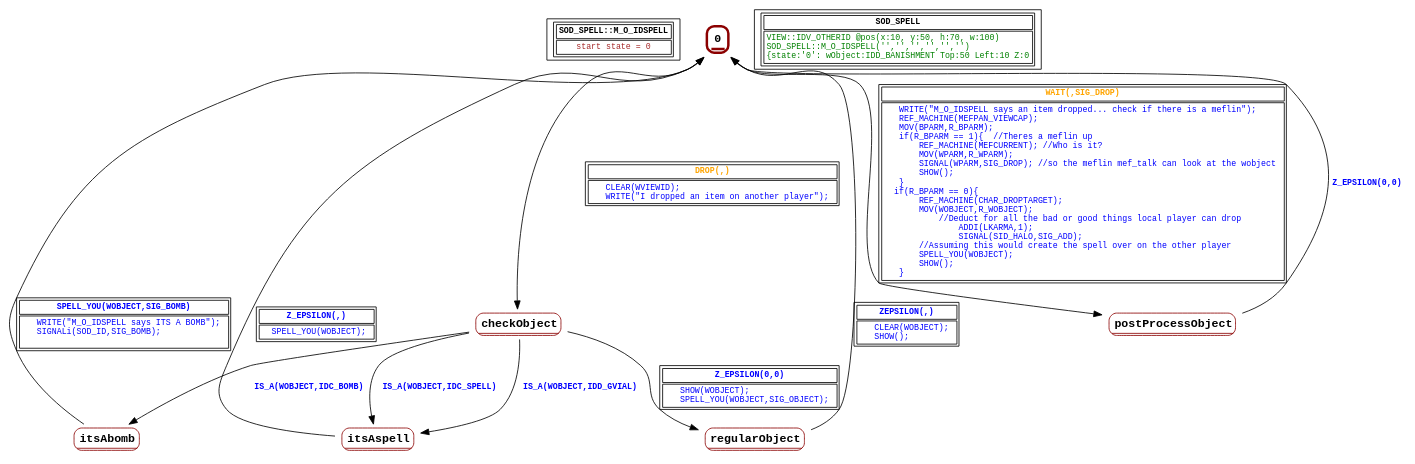
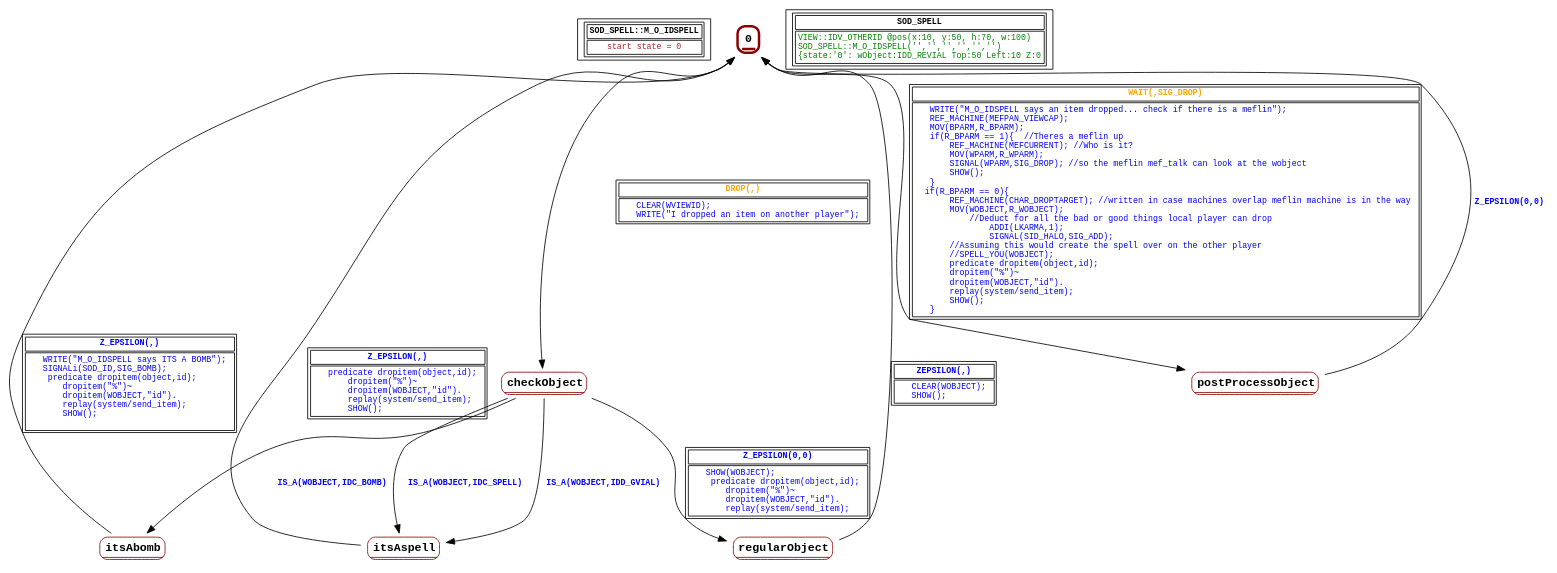
The diagram in graphs/SOD_SPELL.dot (guy-stewart/AzariaCD), drawn with Graphviz before and after one commit. The commit also changed 33 other files, not shown here.

```diff
--- a/graphs/SOD_SPELL.dot
+++ b/graphs/SOD_SPELL.dot
@@ -1,52 +1,52 @@
 digraph Automaton {
  fontname="Courier New"
 	node [shape=oval, fontname="Courier New"];
 	filename[shape = record, fontsize=10, label=< <table border="1"><tr><td><b>SOD_SPELL::M_O_IDSPELL<br align="left"/></b></td></tr>
 <tr><td><font point-size="10" color ="brown">start state = 0<br align="left"/></font></td></tr></table>>
 ];
 	0[shape = none, fontsize=14, label=< <table border="3" color="darkred" style="rounded"><tr><td sides="b"><b>0<br align="left"/></b></td></tr>
 </table>>];
 "0" -> "checkObject" [fontcolor=orange,fontsize=10,fontname="Courier New", label=< <table border="1"><tr><td><b>DROP(,)<br align="left"/></b></td></tr>
 <tr><td><font point-size="10" color ="blue">    CLEAR(WVIEWID);<br align="left"/>    WRITE(&quot;I dropped an item on another player&quot;);<br align="left"/></font></td></tr></table>>
 ];
 "0" -> "postProcessObject" [fontcolor=orange,fontsize=10,fontname="Courier New", label=< <table border="1"><tr><td><b>WAIT(,SIG_DROP)<br align="left"/></b></td></tr>
-<tr><td><font point-size="10" color ="blue">    WRITE(&quot;M_O_IDSPELL says an item dropped... check if there is a meflin&quot;);<br align="left"/>    REF_MACHINE(MEFPAN_VIEWCAP);<br align="left"/>    MOV(BPARM,R_BPARM);<br align="left"/>    if(R_BPARM == 1)&#123;  //Theres a meflin up<br align="left"/>        REF_MACHINE(MEFCURRENT); //Who is it?<br align="left"/>        MOV(WPARM,R_WPARM);<br align="left"/>        SIGNAL(WPARM,SIG_DROP); //so the meflin mef_talk can look at the wobject<br align="left"/>        SHOW();<br align="left"/>    &#125;<br align="left"/>   if(R_BPARM == 0)&#123;<br align="left"/>        REF_MACHINE(CHAR_DROPTARGET); <br align="left"/>        MOV(WOBJECT,R_WOBJECT);<br align="left"/>            //Deduct for all the bad or good things local player can drop <br align="left"/>                ADDI(LKARMA,1); <br align="left"/>                SIGNAL(SID_HALO,SIG_ADD);<br align="left"/>        //Assuming this would create the spell over on the other player<br align="left"/>        SPELL_YOU(WOBJECT);<br align="left"/>        SHOW();<br align="left"/>    &#125; <br align="left"/></font></td></tr></table>>
+<tr><td><font point-size="10" color ="blue">    WRITE(&quot;M_O_IDSPELL says an item dropped... check if there is a meflin&quot;);<br align="left"/>    REF_MACHINE(MEFPAN_VIEWCAP);<br align="left"/>    MOV(BPARM,R_BPARM);<br align="left"/>    if(R_BPARM == 1)&#123;  //Theres a meflin up<br align="left"/>        REF_MACHINE(MEFCURRENT); //Who is it?<br align="left"/>        MOV(WPARM,R_WPARM);<br align="left"/>        SIGNAL(WPARM,SIG_DROP); //so the meflin mef_talk can look at the wobject<br align="left"/>        SHOW();<br align="left"/>    &#125;<br align="left"/>   if(R_BPARM == 0)&#123;<br align="left"/>        REF_MACHINE(CHAR_DROPTARGET); //written in case machines overlap meflin machine is in the way<br align="left"/>        MOV(WOBJECT,R_WOBJECT);<br align="left"/>            //Deduct for all the bad or good things local player can drop <br align="left"/>                ADDI(LKARMA,1); <br align="left"/>                SIGNAL(SID_HALO,SIG_ADD);<br align="left"/>        //Assuming this would create the spell over on the other player<br align="left"/>        //SPELL_YOU(WOBJECT);<br align="left"/>        predicate dropitem(object,id);<br align="left"/>        dropitem(&quot;%&quot;)~<br align="left"/>        dropitem(WOBJECT,&quot;id&quot;).<br align="left"/>        replay(system/send_item);<br align="left"/>        SHOW();<br align="left"/>    &#125; <br align="left"/></font></td></tr></table>>
 ];
 	checkObject[shape = none, fontsize=14, label=< <table border="1" color="darkred" style="rounded"><tr><td sides="b"><b>checkObject<br align="left"/></b></td></tr>
 </table>>];
 "checkObject" -> "itsAbomb" [fontcolor=blue,fontsize=10,fontname="Courier New", label=< <table border="0"><tr><td><b>IS_A(WOBJECT,IDC_BOMB)<br align="left"/></b></td></tr>
 </table>>
 ];
 "checkObject" -> "itsAspell" [fontcolor=blue,fontsize=10,fontname="Courier New", label=< <table border="0"><tr><td><b>IS_A(WOBJECT,IDC_SPELL)<br align="left"/></b></td></tr>
 </table>>
 ];
 "checkObject" -> "itsAspell" [fontcolor=blue,fontsize=10,fontname="Courier New", label=< <table border="0"><tr><td><b>IS_A(WOBJECT,IDD_GVIAL)<br align="left"/></b></td></tr>
 </table>>
 ];
 "checkObject" -> "regularObject" [fontcolor=blue,fontsize=10,fontname="Courier New", label=< <table border="1"><tr><td><b>Z_EPSILON(0,0)<br align="left"/></b></td></tr>
-<tr><td><font point-size="10" color ="blue">    SHOW(WOBJECT);<br align="left"/>    SPELL_YOU(WOBJECT,SIG_OBJECT);<br align="left"/></font></td></tr></table>>
+<tr><td><font point-size="10" color ="blue">    SHOW(WOBJECT);<br align="left"/>     predicate dropitem(object,id);<br align="left"/>        dropitem(&quot;%&quot;)~<br align="left"/>        dropitem(WOBJECT,&quot;id&quot;).<br align="left"/>        replay(system/send_item);<br align="left"/></font></td></tr></table>>
 ];
 	itsAbomb[shape = none, fontsize=14, label=< <table border="1" color="darkred" style="rounded"><tr><td sides="b"><b>itsAbomb<br align="left"/></b></td></tr>
 </table>>];
-"itsAbomb" -> "0" [fontcolor=blue,fontsize=10,fontname="Courier New", label=< <table border="1"><tr><td><b>SPELL_YOU(WOBJECT,SIG_BOMB)<br align="left"/></b></td></tr>
-<tr><td><font point-size="10" color ="blue">    WRITE(&quot;M_O_IDSPELL says ITS A BOMB&quot;);<br align="left"/>    SIGNALi(SOD_ID,SIG_BOMB);<br align="left"/>    <br align="left"/></font></td></tr></table>>
+"itsAbomb" -> "0" [fontcolor=blue,fontsize=10,fontname="Courier New", label=< <table border="1"><tr><td><b>Z_EPSILON(,)<br align="left"/></b></td></tr>
+<tr><td><font point-size="10" color ="blue">    WRITE(&quot;M_O_IDSPELL says ITS A BOMB&quot;);<br align="left"/>    SIGNALi(SOD_ID,SIG_BOMB);<br align="left"/>     predicate dropitem(object,id);<br align="left"/>        dropitem(&quot;%&quot;)~<br align="left"/>        dropitem(WOBJECT,&quot;id&quot;).<br align="left"/>        replay(system/send_item);<br align="left"/>        SHOW();<br align="left"/>    <br align="left"/></font></td></tr></table>>
 ];
 	itsAspell[shape = none, fontsize=14, label=< <table border="1" color="darkred" style="rounded"><tr><td sides="b"><b>itsAspell<br align="left"/></b></td></tr>
 </table>>];
 "itsAspell" -> "0" [fontcolor=blue,fontsize=10,fontname="Courier New", label=< <table border="1"><tr><td><b>Z_EPSILON(,)<br align="left"/></b></td></tr>
-<tr><td><font point-size="10" color ="blue">   SPELL_YOU(WOBJECT);<br align="left"/></font></td></tr></table>>
+<tr><td><font point-size="10" color ="blue">    predicate dropitem(object,id);<br align="left"/>        dropitem(&quot;%&quot;)~<br align="left"/>        dropitem(WOBJECT,&quot;id&quot;).<br align="left"/>        replay(system/send_item);<br align="left"/>        SHOW();<br align="left"/></font></td></tr></table>>
 ];
 	postProcessObject[shape = none, fontsize=14, label=< <table border="1" color="darkred" style="rounded"><tr><td sides="b"><b>postProcessObject<br align="left"/></b></td></tr>
 </table>>];
 "postProcessObject" -> "0" [fontcolor=blue,fontsize=10,fontname="Courier New", label=< <table border="0"><tr><td><b>Z_EPSILON(0,0)<br align="left"/></b></td></tr>
 </table>>
 ];
 	regularObject[shape = none, fontsize=14, label=< <table border="1" color="darkred" style="rounded"><tr><td sides="b"><b>regularObject<br align="left"/></b></td></tr>
 </table>>];
 "regularObject" -> "0" [fontcolor=blue,fontsize=10,fontname="Courier New", label=< <table border="1"><tr><td><b>ZEPSILON(,)<br align="left"/></b></td></tr>
 <tr><td><font point-size="10" color ="blue">    CLEAR(WOBJECT);<br align="left"/>    SHOW();<br align="left"/></font></td></tr></table>>
 ];
 	status[shape = record, fontsize=10, label=< <table border="1"><tr><td><b>SOD_SPELL<br align="left"/></b></td></tr>
-<tr><td><font point-size="10" color ="green">VIEW::IDV_OTHERID @pos(x:10, y:50, h:70, w:100)<br align="left"/>SOD_SPELL::M_O_IDSPELL(&apos;&apos;,&apos;&apos;,&apos;&apos;,&apos;&apos;,&apos;&apos;,&apos;&apos;)<br align="left"/>			&#123;state:&apos;0&apos;: wObject:IDD_BANISHMENT Top:50 Left:10 Z:0<br align="left"/></font></td></tr></table>>
+<tr><td><font point-size="10" color ="green">VIEW::IDV_OTHERID @pos(x:10, y:50, h:70, w:100)<br align="left"/>SOD_SPELL::M_O_IDSPELL(&apos;&apos;,&apos;&apos;,&apos;&apos;,&apos;&apos;,&apos;&apos;,&apos;&apos;)<br align="left"/>			&#123;state:&apos;0&apos;: wObject:IDD_REVIAL Top:50 Left:10 Z:0<br align="left"/></font></td></tr></table>>
 ];
 }
```
